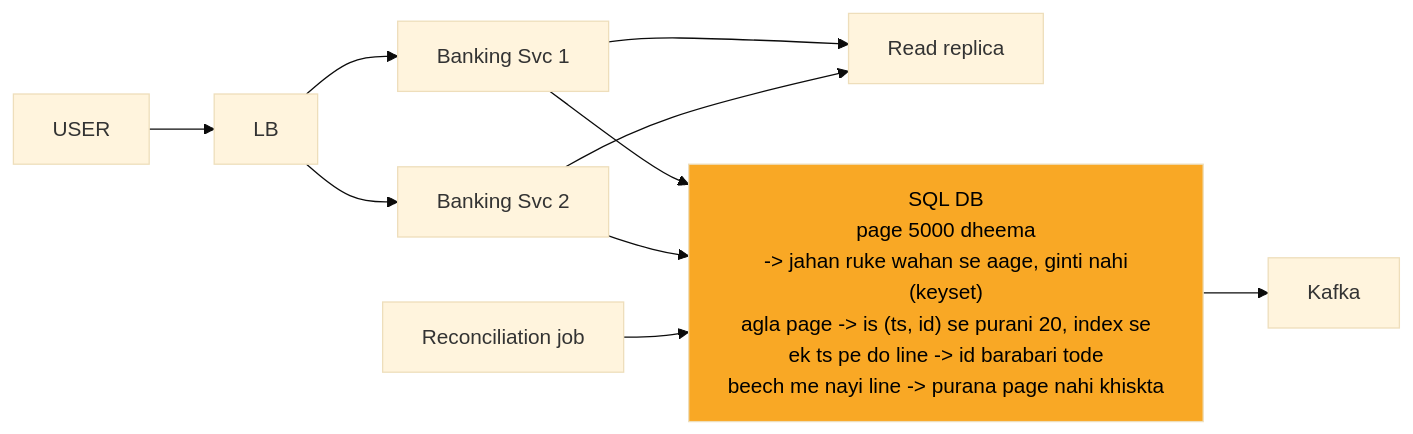
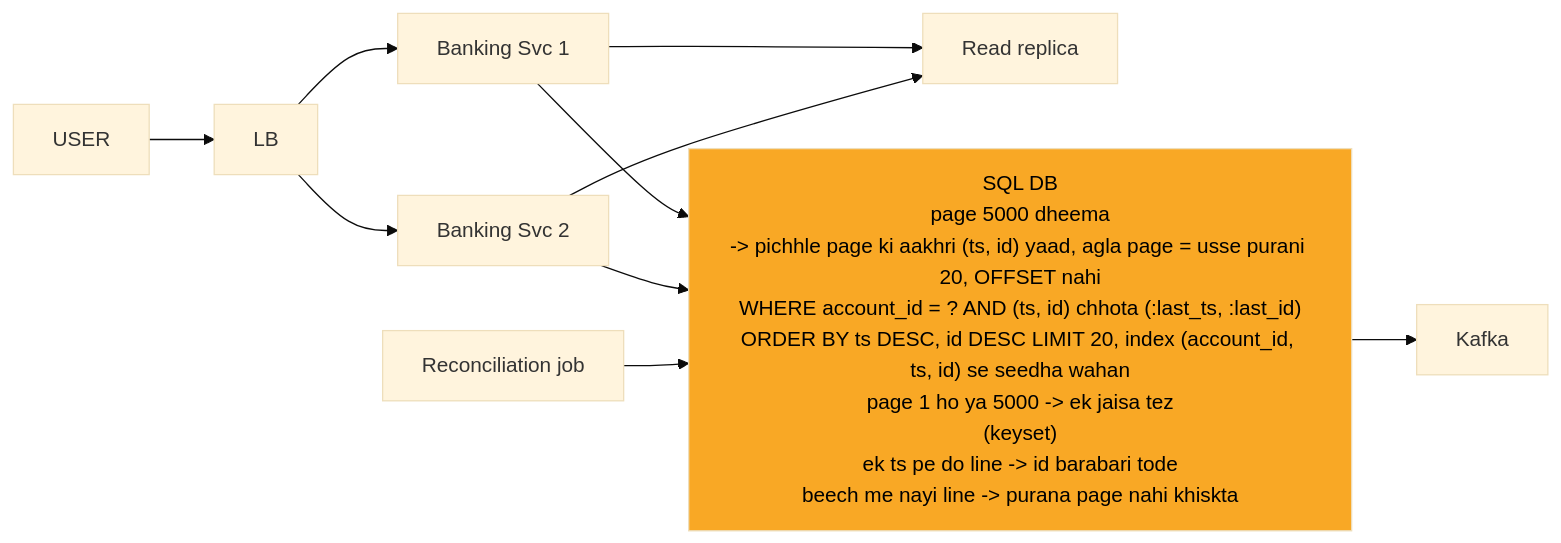
Diagram 11 of 13 in 04_HLD/SYSTEM_DESIGNS/13_banking_system/13_banking_system.md (ArpanMaheshwari144/Prep), drawn with Mermaid (base theme) before and after one commit. The commit also changed other lines of this file and 13 other files, not shown here.

````diff
--- a/04_HLD/SYSTEM_DESIGNS/13_banking_system/13_banking_system.md
+++ b/04_HLD/SYSTEM_DESIGNS/13_banking_system/13_banking_system.md
@@ -371,22 +374,22 @@
 ```mermaid
 %%{init: {"flowchart": {"wrappingWidth": 450}}}%%
 flowchart LR
     n_USER["USER"]
     n_LB["LB"]
     n_S1["Banking Svc 1"]
     n_S2["Banking Svc 2"]
     n_RR["Read replica"]
-    n_DB["SQL DB<br/>page 5000 dheema<br/>-> jahan ruke wahan se aage, ginti nahi<br/>(keyset)<br/>agla page -> is (ts, id) se purani 20, index se<br/>ek ts pe do line -> id barabari tode<br/>beech me nayi line -> purana page nahi khiskta"]
+    n_DB["SQL DB<br/>page 5000 dheema<br/>-> pichhle page ki aakhri (ts, id) yaad, agla page = usse purani 20, OFFSET nahi<br/>WHERE account_id = ? AND (ts, id) chhota (:last_ts, :last_id)<br/>ORDER BY ts DESC, id DESC LIMIT 20, index (account_id, ts, id) se seedha wahan<br/>page 1 ho ya 5000 -> ek jaisa tez<br/>(keyset)<br/>ek ts pe do line -> id barabari tode<br/>beech me nayi line -> purana page nahi khiskta"]
     n_K["Kafka"]
     n_REC["Reconciliation job"]
     n_USER --> n_LB
     n_LB --> n_S1
     n_LB --> n_S2
     n_S1 --> n_RR
     n_S2 --> n_RR
     n_S1 --> n_DB
     n_S2 --> n_DB
     n_DB --> n_K
     n_REC --> n_DB
     style n_DB fill:#f9a825,color:#000
 ```
````
